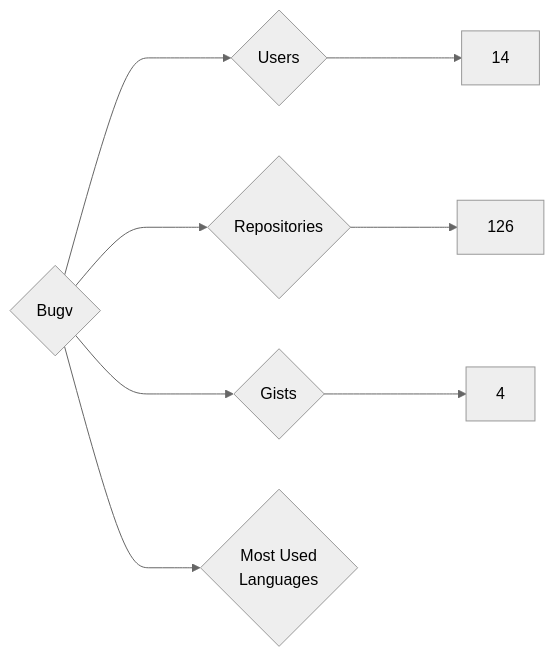
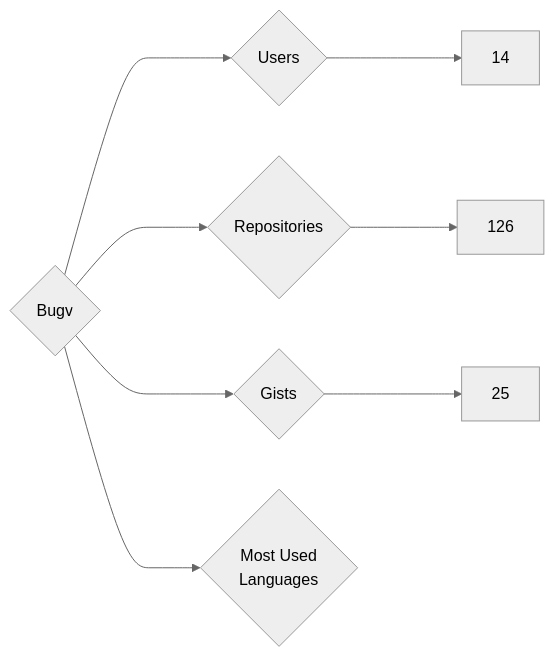
Before and after one commit to nenadzaric/insiders: the diagram in targets/Bugv/README.md, drawn with Mermaid (neutral theme). The commit also changed 1342 other files, not shown here.

````diff
--- a/targets/Bugv/README.md
+++ b/targets/Bugv/README.md
@@ -3,8 +3,8 @@
 ```mermaid
 graph LR
 COMPANY_NAME{Bugv}
 COMPANY_NAME ---> U{Users} ---> UN[14]
 COMPANY_NAME ---> R{Repositories} ---> RN[126]
-COMPANY_NAME ---> G{Gists} ---> GN[4]
+COMPANY_NAME ---> G{Gists} ---> GN[25]
 COMPANY_NAME ---> ML{Most Used<br>Languages}
 ```
````
